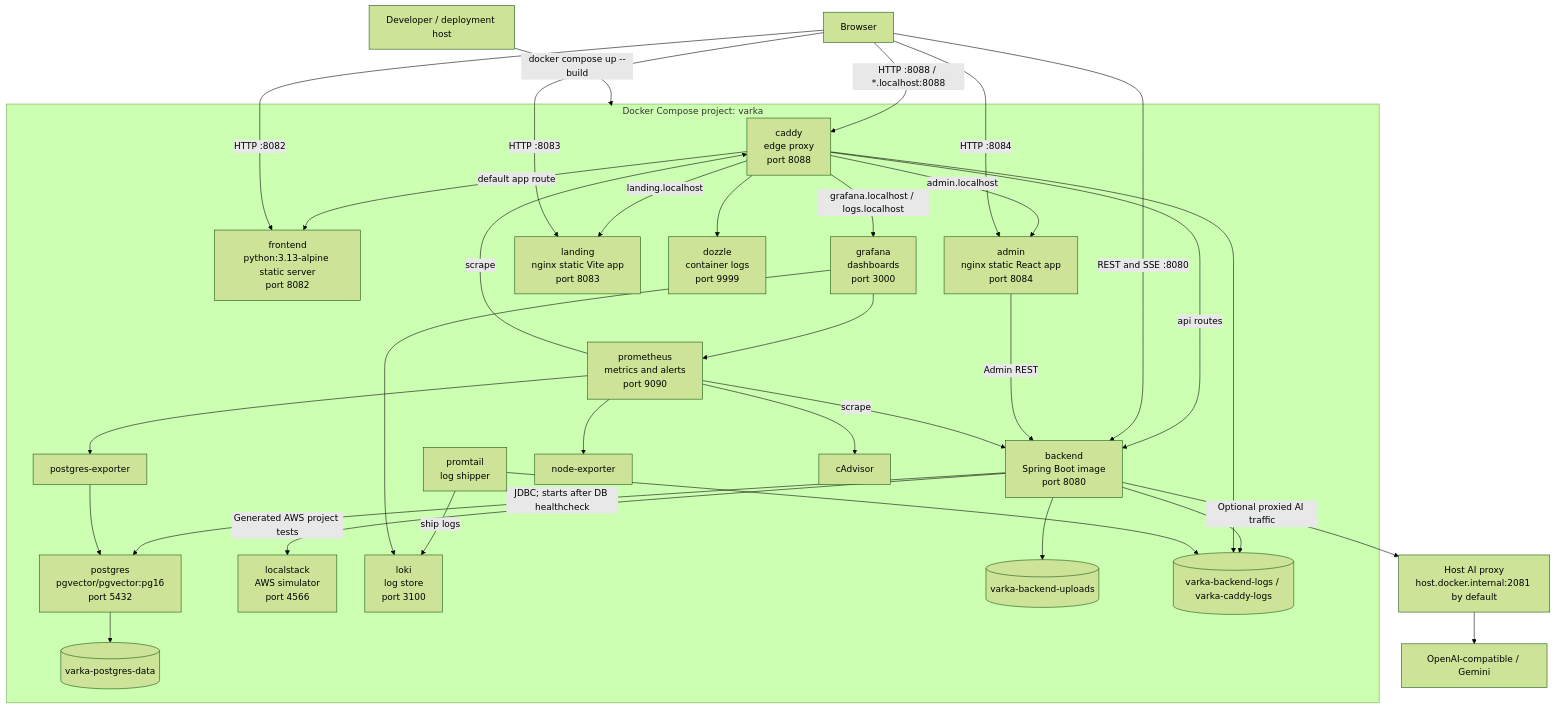
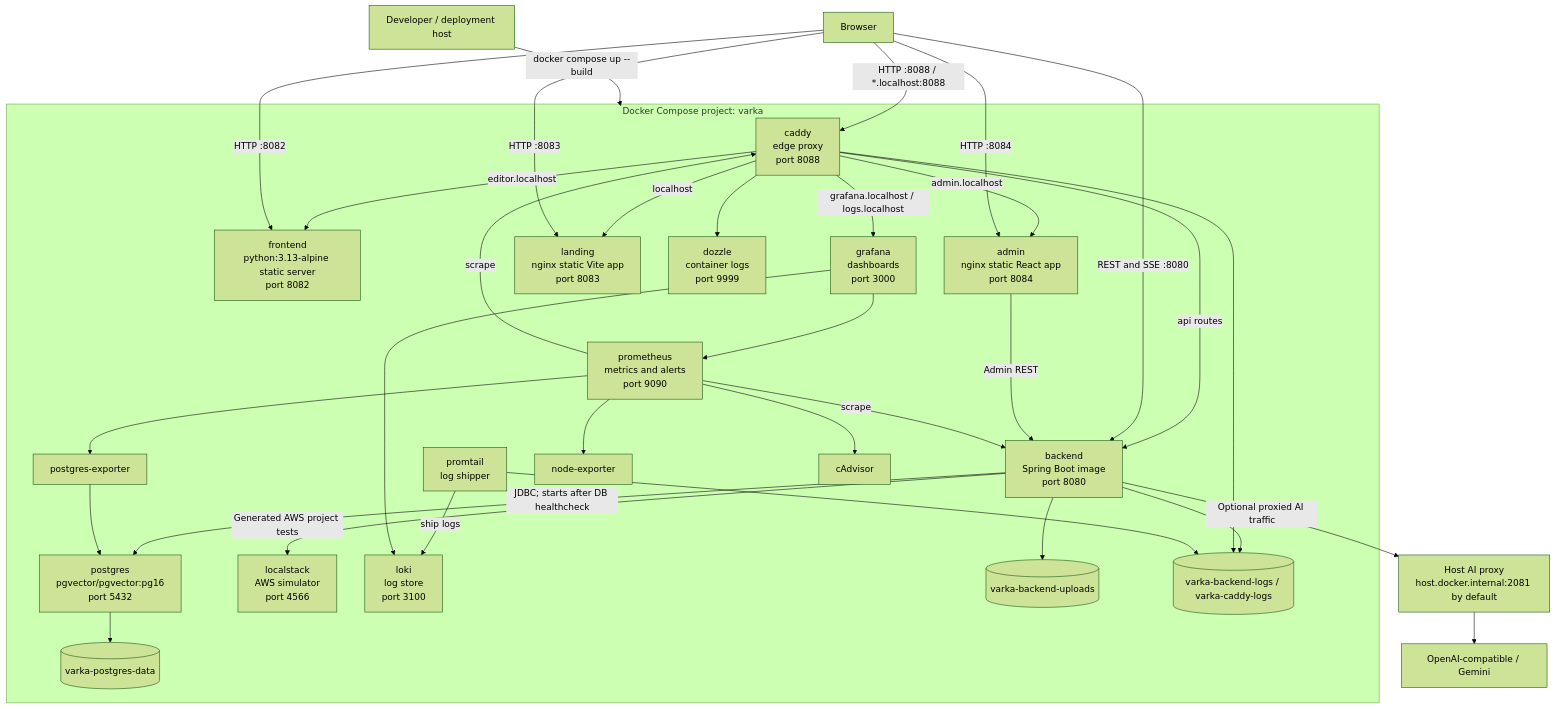
One commit to mehdieidi/modriss changed the first of 2 diagrams in docs/diagrams/04-deployment-and-runtime.md. Above: the diagram before and after it, drawn with Mermaid (forest theme). The commit also changed 7 other files, not shown here.

Commit message:
feat(caddy): update routing for landing and editor services in Caddyfile and related documentation

````diff
--- a/docs/diagrams/04-deployment-and-runtime.md
+++ b/docs/diagrams/04-deployment-and-runtime.md
@@ -5,59 +5,59 @@
 ```mermaid
 flowchart TB
     host["Developer / deployment host"]
     browser["Browser"]
 
     subgraph compose["Docker Compose project: varka"]
         caddy["caddy<br/>edge proxy<br/>port 8088"]
         frontend["frontend<br/>python:3.13-alpine static server<br/>port 8082"]
         admin["admin<br/>nginx static React app<br/>port 8084"]
         landing["landing<br/>nginx static Vite app<br/>port 8083"]
         backend["backend<br/>Spring Boot image<br/>port 8080"]
         postgres["postgres<br/>pgvector/pgvector:pg16<br/>port 5432"]
         localstack["localstack<br/>AWS simulator<br/>port 4566"]
         dozzle["dozzle<br/>container logs<br/>port 9999"]
         prometheus["prometheus<br/>metrics and alerts<br/>port 9090"]
         grafana["grafana<br/>dashboards<br/>port 3000"]
         loki["loki<br/>log store<br/>port 3100"]
         promtail["promtail<br/>log shipper"]
         pgexp["postgres-exporter"]
         nodeexp["node-exporter"]
         cadvisor["cAdvisor"]
         dbvolume[("varka-postgres-data")]
         uploadvolume[("varka-backend-uploads")]
         logvolume[("varka-backend-logs / varka-caddy-logs")]
     end
 
     proxy["Host AI proxy<br/>host.docker.internal:2081 by default"]
     provider["OpenAI-compatible / Gemini"]
 
     host -->|"docker compose up --build"| compose
     browser -->|"HTTP :8088 / *.localhost:8088"| caddy
-    caddy -->|"default app route"| frontend
+    caddy -->|"editor.localhost"| frontend
     caddy -->|"admin.localhost"| admin
-    caddy -->|"landing.localhost"| landing
+    caddy -->|"localhost"| landing
     caddy -->|"api routes"| backend
     caddy -->|"grafana.localhost / logs.localhost"| grafana
     caddy --> dozzle
     browser -->|"HTTP :8082"| frontend
     browser -->|"HTTP :8083"| landing
     browser -->|"HTTP :8084"| admin
     browser -->|"REST and SSE :8080"| backend
     admin -->|"Admin REST"| backend
     backend -->|"JDBC; starts after DB healthcheck"| postgres
     postgres --> dbvolume
     backend --> uploadvolume
     backend --> logvolume
     caddy --> logvolume
     backend -->|"Generated AWS project tests"| localstack
     prometheus -->|"scrape"| backend
     prometheus -->|"scrape"| caddy
     prometheus --> pgexp --> postgres
     prometheus --> nodeexp
     prometheus --> cadvisor
     promtail -->|"ship logs"| loki
     promtail --> logvolume
     grafana --> prometheus
     grafana --> loki
     backend -->|"Optional proxied AI traffic"| proxy --> provider
 ```
````
